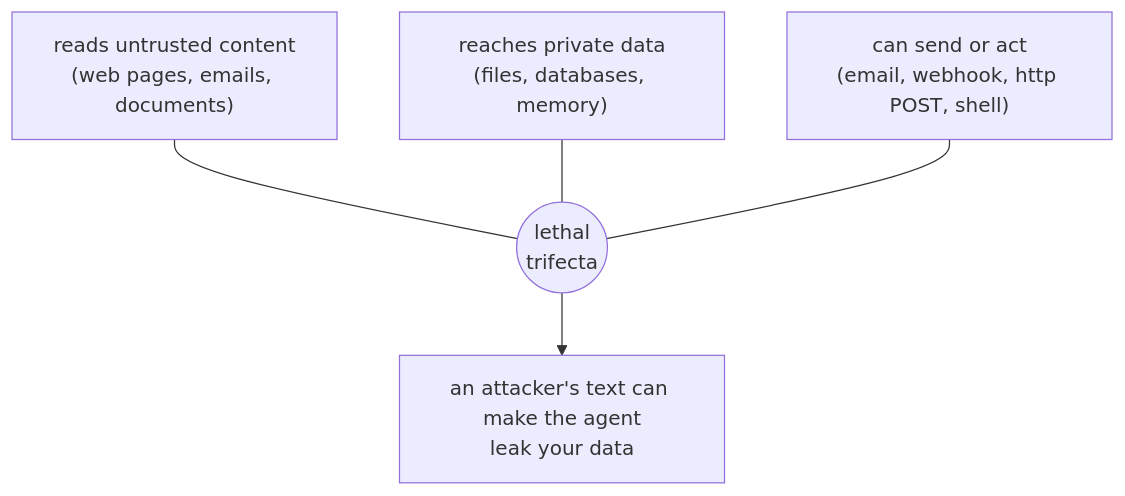
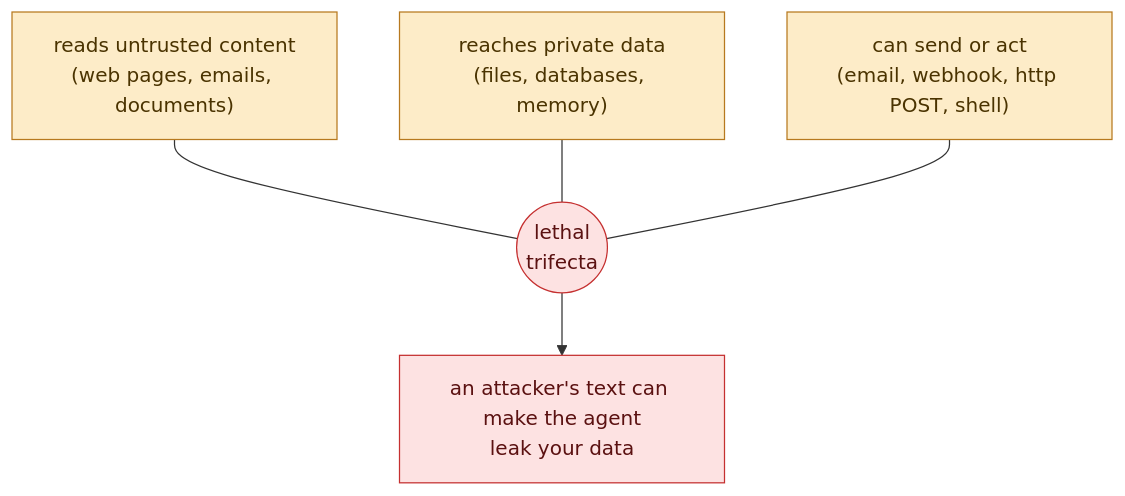
The second of 2 diagrams in docs/tutorial/09-safety-and-cost.md (srijithunni7182/llm4j), drawn with Mermaid before and after one commit. The commit also changed other lines of this file and 13 other files, not shown here.

First line of the commit message:
docs: give the tutorial's diagrams meaningful colours

````diff
--- a/docs/tutorial/09-safety-and-cost.md
+++ b/docs/tutorial/09-safety-and-cost.md
@@ -193,10 +195,14 @@
 ```mermaid
 flowchart TD
   U["reads untrusted content<br/>(web pages, emails, documents)"]
   P["reaches private data<br/>(files, databases, memory)"]
   S["can send or act<br/>(email, webhook, http POST, shell)"]
   U --- X(("lethal<br/>trifecta"))
   P --- X
   S --- X
   X --> F["an attacker's text can make the agent<br/>leak your data"]
+  classDef bad fill:#fde2e2,stroke:#c53030,color:#5b1111
+  class F,X bad
+  classDef decision fill:#fdecc8,stroke:#b7791f,color:#4a3300
+  class U,P,S decision
 ```
````
